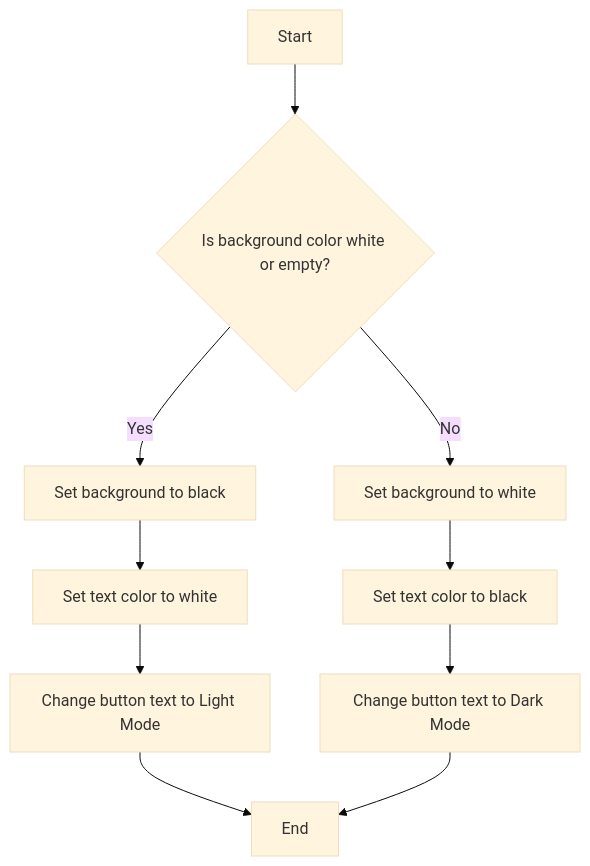
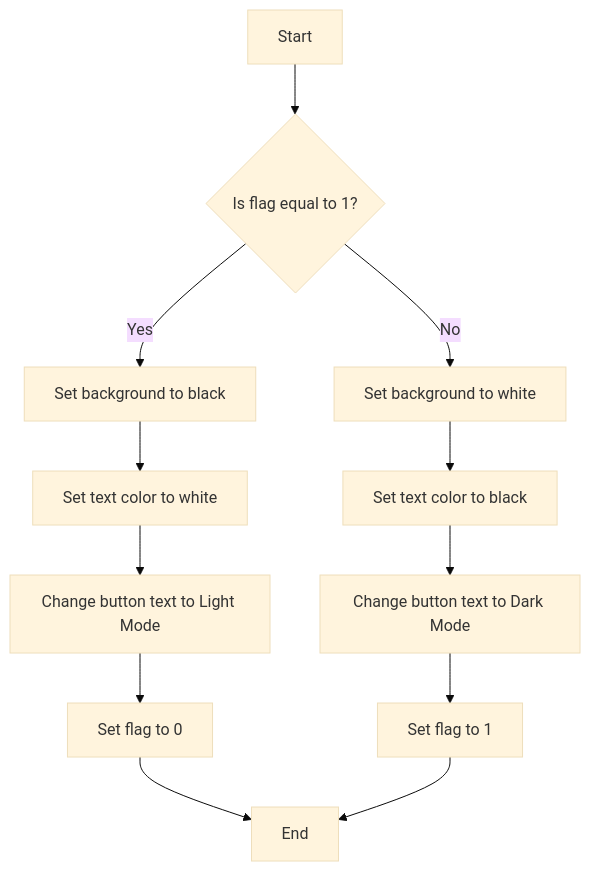
The diagram in content/english/blog/blog-1.md (ADITYA150090/Blog-page), drawn with Mermaid (base theme) before and after one commit. The commit also changed other lines of this file, not shown here.

````diff
--- a/content/english/blog/blog-1.md
+++ b/content/english/blog/blog-1.md
@@ -158,24 +142,20 @@
 ```mermaid
 
 flowchart TD
 
-    A[Start] --> B{Is background color white or empty?}
-    
+    A[Start] --> B{Is flag equal to 1?}
+
     B -- Yes --> C[Set background to black]
-    
     C --> D[Set text color to white]
-    
     D --> E[Change button text to Light Mode]
-    
-    E --> F[End]
+    E --> F[Set flag to 0]
+    F --> G[End]
 
-    B -- No --> G[Set background to white]
-    
-    G --> H[Set text color to black]
-    
-    H --> I[Change button text to Dark Mode]
-    
-    I --> F
+    B -- No --> H[Set background to white]
+    H --> I[Set text color to black]
+    I --> J[Change button text to Dark Mode]
+    J --> K[Set flag to 1]
+    K --> G
 
 
 ```
````
